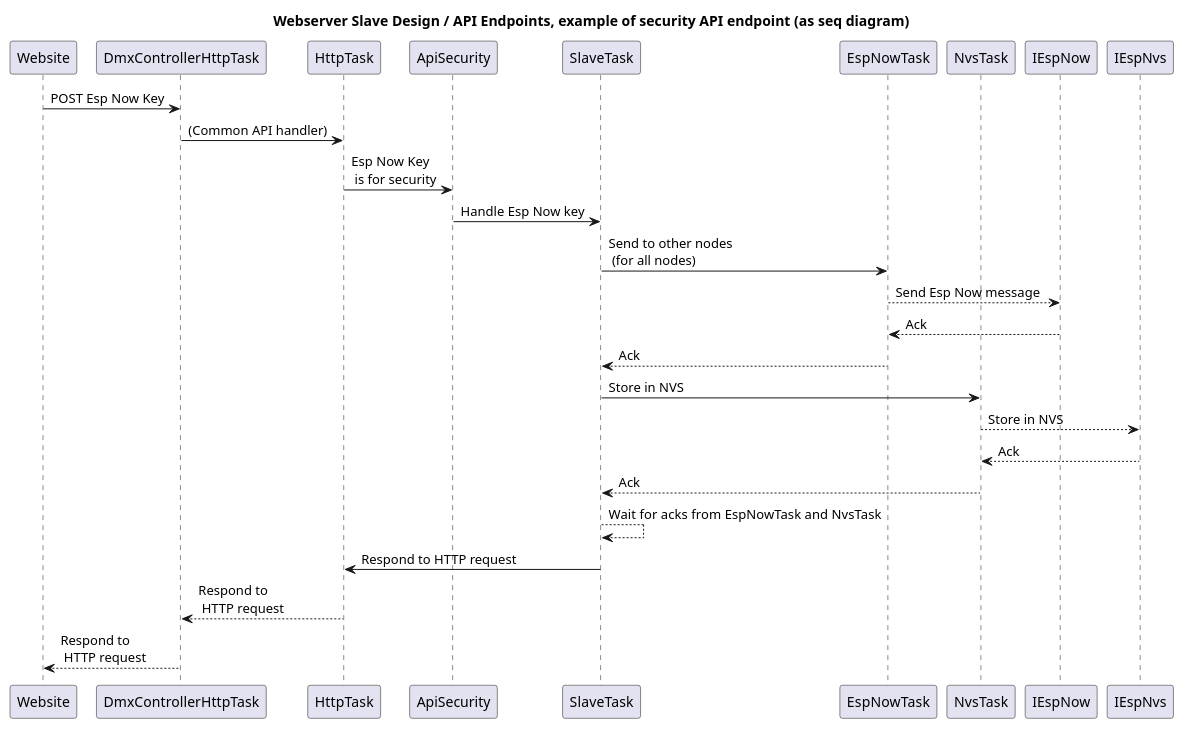
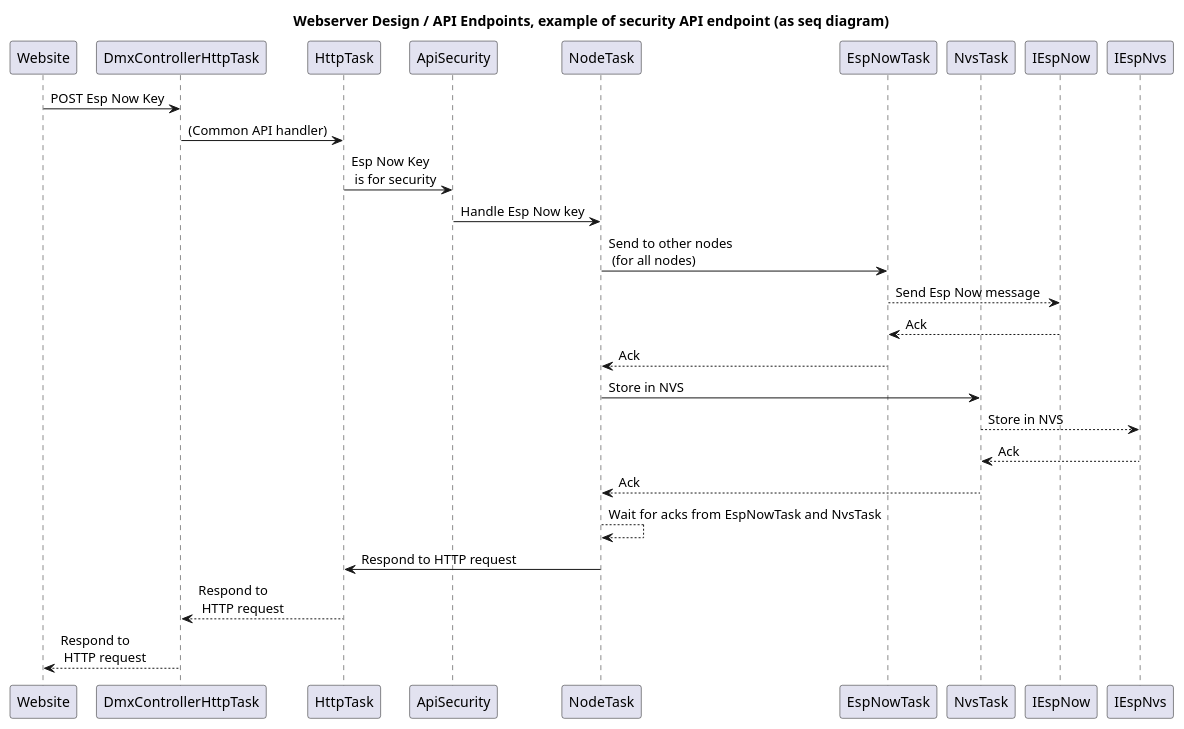
The third of 5 diagrams in docs/requirements_and_dds/slaves/webserver_slave.puml (michelkeijzers/Esp32Framework), drawn with PlantUML before and after one commit. The commit also changed other lines of this file and 37 other files, not shown here.

Commit message:
Removed slave -> node

```diff
--- a/docs/requirements_and_dds/slaves/webserver_slave.puml
+++ b/docs/requirements_and_dds/slaves/webserver_slave.puml
@@ -159,30 +159,30 @@
 @startuml 
 
-title Webserver Slave Design / API Endpoints, example of security API endpoint (as seq diagram)
+title Webserver Design / API Endpoints, example of security API endpoint (as seq diagram)
 
 participant Website
 participant DmxControllerHttpTask
 participant HttpTask
 participant ApiSecurity
-participant SlaveTask
+participant NodeTask
 participant EspNowTask
 participant NvsTask
 
 Website ->  DmxControllerHttpTask : POST Esp Now Key
 DmxControllerHttpTask -> HttpTask : (Common API handler)
 HttpTask -> ApiSecurity : Esp Now Key \n is for security
-ApiSecurity -> SlaveTask : Handle Esp Now key
-SlaveTask -> EspNowTask : Send to other nodes \n (for all nodes)
+ApiSecurity -> NodeTask : Handle Esp Now key
+NodeTask -> EspNowTask : Send to other nodes \n (for all nodes)
 EspNowTask --> IEspNow : Send Esp Now message
 IEspNow --> EspNowTask : Ack
-EspNowTask --> SlaveTask: Ack
-SlaveTask -> NvsTask : Store in NVS
+EspNowTask --> NodeTask: Ack
+NodeTask -> NvsTask : Store in NVS
 NvsTask --> IEspNvs: Store in NVS
 IEspNvs --> NvsTask: Ack
-NvsTask --> SlaveTask : Ack
-SlaveTask --> SlaveTask : Wait for acks from EspNowTask and NvsTask
-SlaveTask -> HttpTask : Respond to HTTP request
+NvsTask --> NodeTask : Ack
+NodeTask --> NodeTask : Wait for acks from EspNowTask and NvsTask
+NodeTask -> HttpTask : Respond to HTTP request
 HttpTask --> DmxControllerHttpTask : Respond to \n HTTP request
 DmxControllerHttpTask --> Website : Respond to \n HTTP request
 
 @enduml 
```
